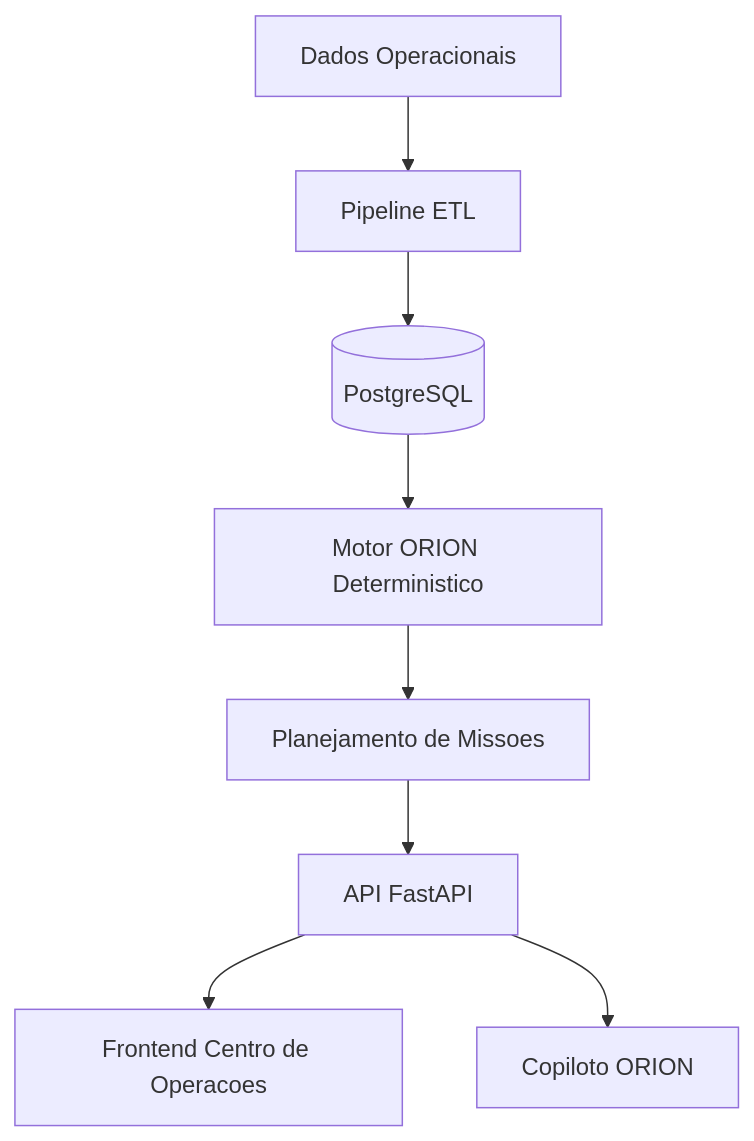
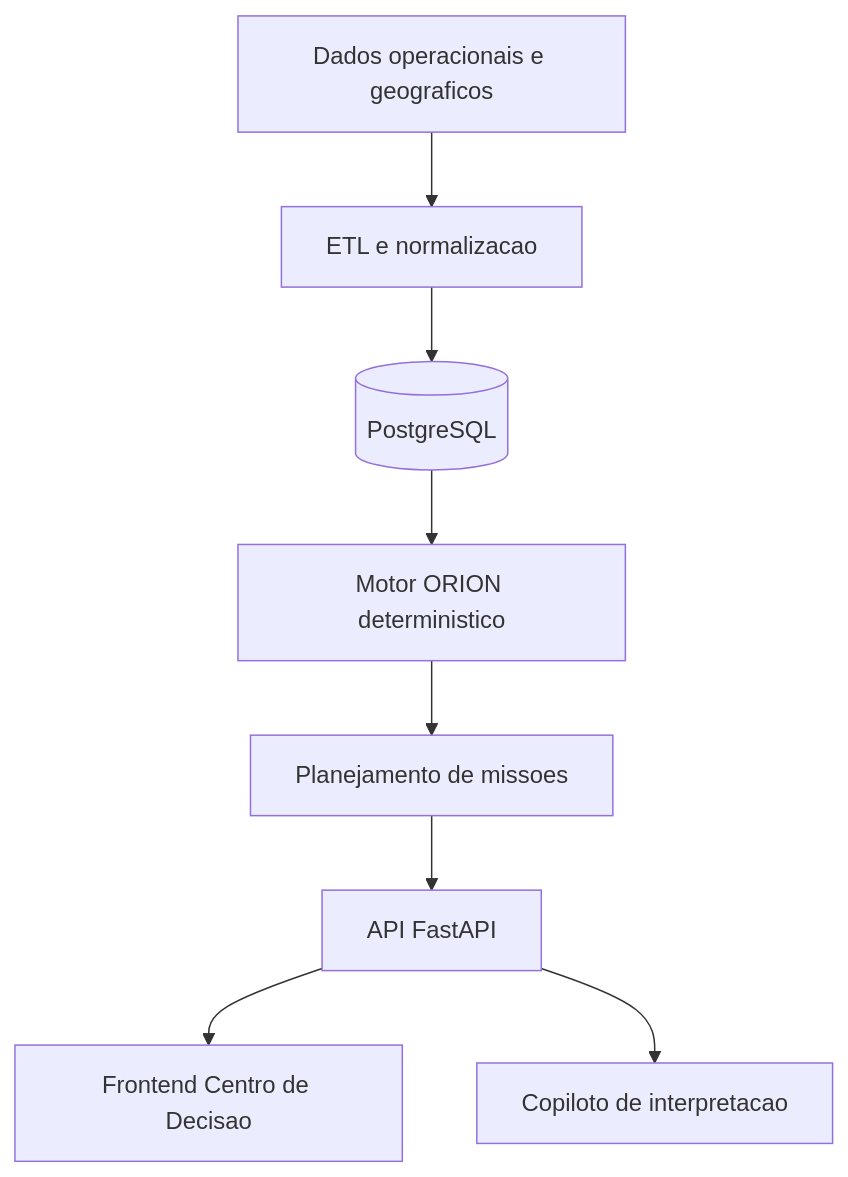
The diagram in README.md (JoaoVictorAAbreu-Dev/Projeto-Motiva_Orion), drawn with Mermaid before and after one commit. The commit also changed other lines of this file, not shown here.

````diff
--- a/README.md
+++ b/README.md
@@ -28,10 +40,10 @@
 ```mermaid
 flowchart TD
-  A[Dados Operacionais] --> B[Pipeline ETL]
+  A[Dados operacionais e geograficos] --> B[ETL e normalizacao]
   B --> C[(PostgreSQL)]
-  C --> D[Motor ORION Deterministico]
-  D --> E[Planejamento de Missoes]
+  C --> D[Motor ORION deterministico]
+  D --> E[Planejamento de missoes]
   E --> F[API FastAPI]
-  F --> G[Frontend Centro de Operacoes]
-  F --> H[Copiloto ORION]
+  F --> G[Frontend Centro de Decisao]
+  F --> H[Copiloto de interpretacao]
 ```
````
